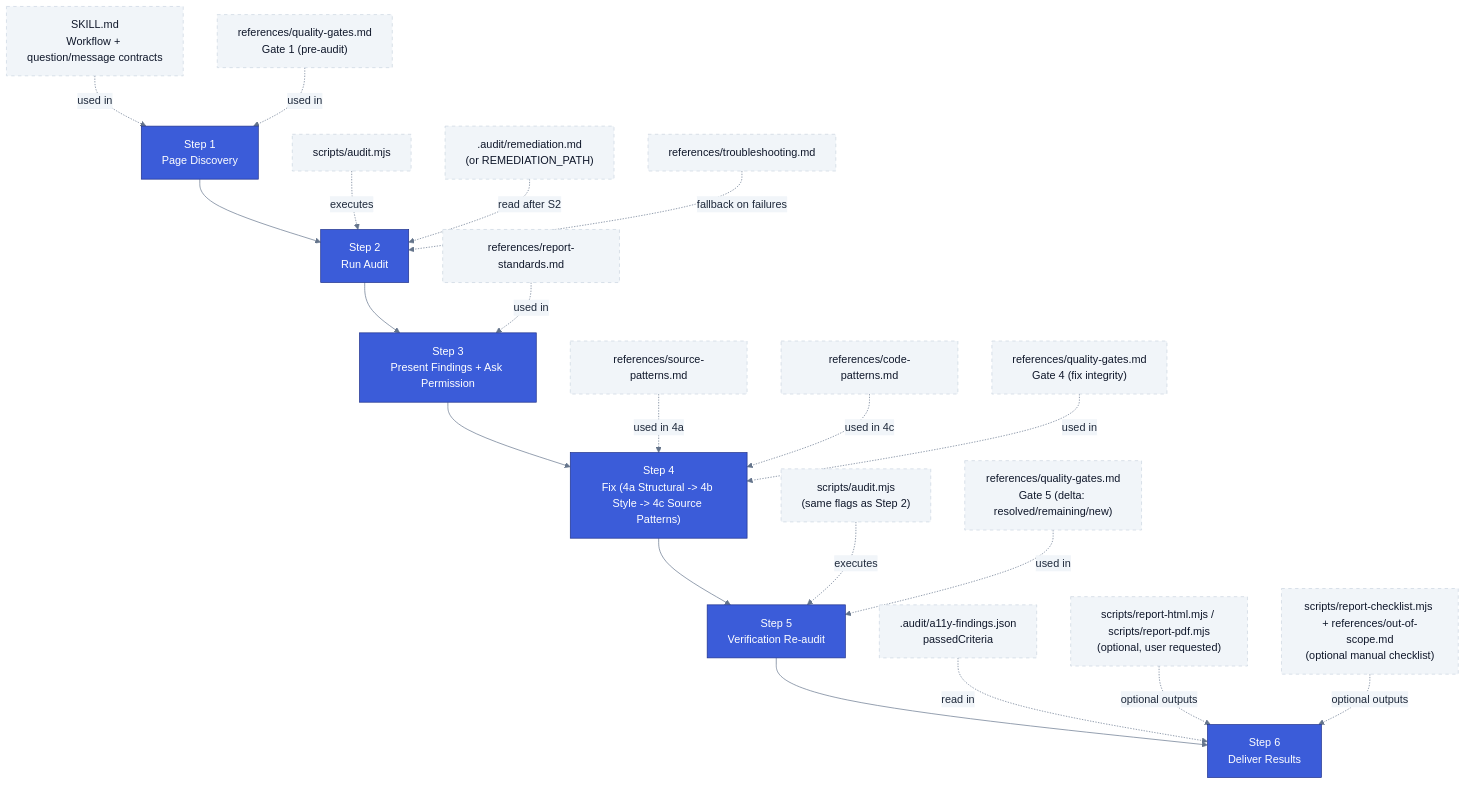
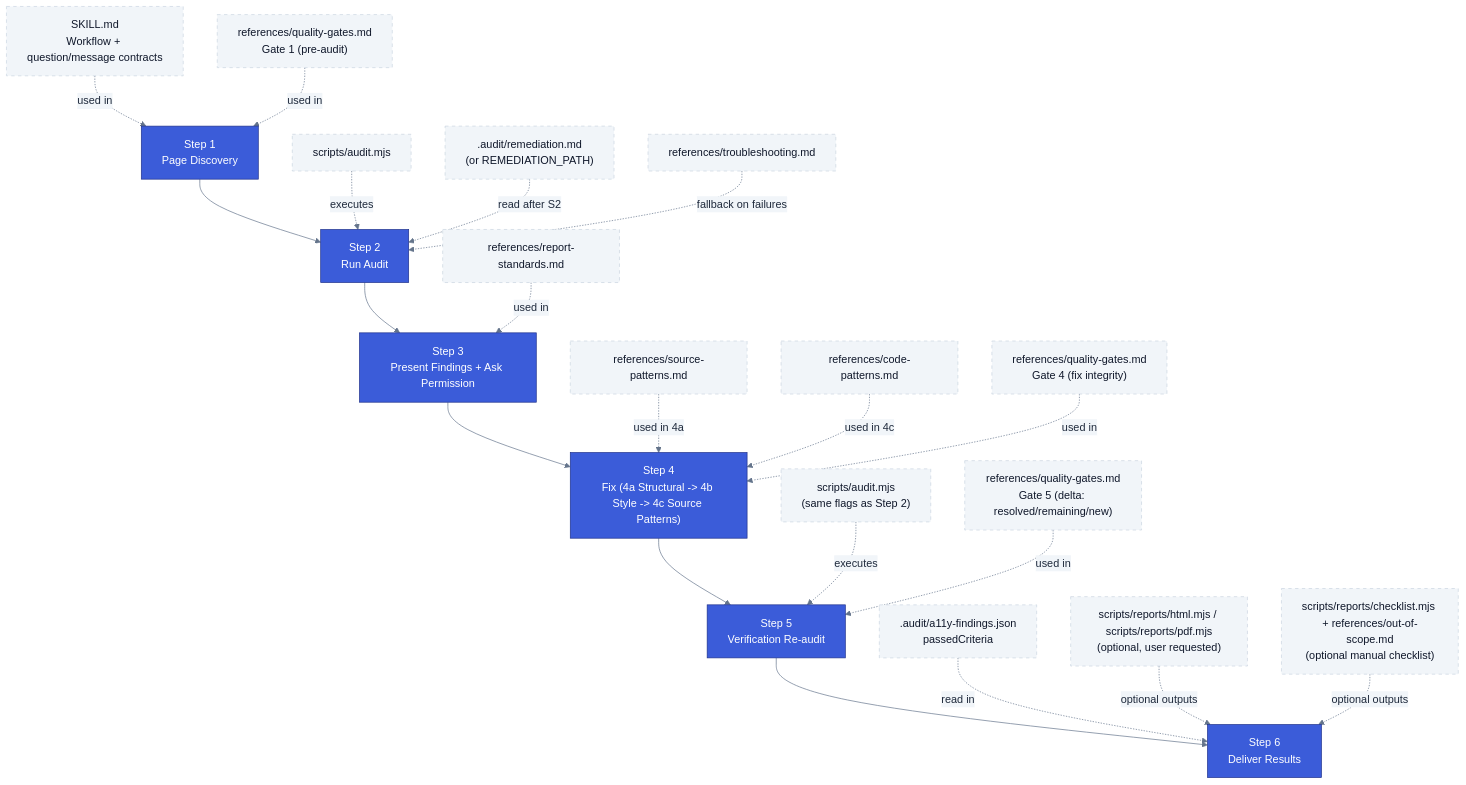
One commit to diegovelasquezweb/a11y-skill changed the first of 2 diagrams in docs/engine-manifest.md. Above: the diagram before and after it, drawn with Mermaid. The commit also changed other lines of this file and 27 other files, not shown here.

````diff
--- a/docs/engine-manifest.md
+++ b/docs/engine-manifest.md
@@ -82,30 +83,30 @@
 ```mermaid
 %%{init: { 'theme': 'base', 'themeVariables': { 'primaryColor': '#3b5cd9', 'primaryTextColor': '#1e293b', 'primaryBorderColor': '#1e308a', 'lineColor': '#64748b', 'secondaryColor': '#f1f5f9', 'tertiaryColor': '#fff', 'mainBkg': '#fff', 'nodeBorder': '#e2e8f0' } } }%%
 flowchart TD
     S1["Step 1<br/>Page Discovery"] --> S2["Step 2<br/>Run Audit"]
     S2 --> S3["Step 3<br/>Present Findings + Ask Permission"]
     S3 --> S4["Step 4<br/>Fix (4a Structural -> 4b Style -> 4c Source Patterns)"]
     S4 --> S5["Step 5<br/>Verification Re-audit"]
     S5 --> S6["Step 6<br/>Deliver Results"]
 
     F1["SKILL.md<br/>Workflow + question/message contracts"] -.used in.-> S1
     F2["references/quality-gates.md<br/>Gate 1 (pre-audit)"] -.used in.-> S1
     F3["scripts/audit.mjs"] -.executes.-> S2
     F4[".audit/remediation.md<br/>(or REMEDIATION_PATH)"] -.read after S2.-> S2
     F5["references/troubleshooting.md"] -.fallback on failures.-> S2
     F6["references/report-standards.md"] -.used in.-> S3
     F7["references/source-patterns.md"] -.used in 4a.-> S4
     F8["references/code-patterns.md"] -.used in 4c.-> S4
     F9["references/quality-gates.md<br/>Gate 4 (fix integrity)"] -.used in.-> S4
     F10["scripts/audit.mjs<br/>(same flags as Step 2)"] -.executes.-> S5
     F11["references/quality-gates.md<br/>Gate 5 (delta: resolved/remaining/new)"] -.used in.-> S5
     F12[".audit/a11y-findings.json<br/>passedCriteria"] -.read in.-> S6
-    F13["scripts/report-html.mjs / scripts/report-pdf.mjs<br/>(optional, user requested)"] -.optional outputs.-> S6
-    F14["scripts/report-checklist.mjs + references/out-of-scope.md<br/>(optional manual checklist)"] -.optional outputs.-> S6
+    F13["scripts/reports/html.mjs / scripts/reports/pdf.mjs<br/>(optional, user requested)"] -.optional outputs.-> S6
+    F14["scripts/reports/checklist.mjs + references/out-of-scope.md<br/>(optional manual checklist)"] -.optional outputs.-> S6
 
     classDef step fill:#3b5cd9,color:#fff,stroke:#1e308a;
     classDef file fill:#f1f5f9,color:#0f172a,stroke:#cbd5e1,stroke-dasharray: 5 5;
 
     class S1,S2,S3,S4,S5,S6 step;
     class F1,F2,F3,F4,F5,F6,F7,F8,F9,F10,F11,F12,F13,F14 file;
 ```
````
